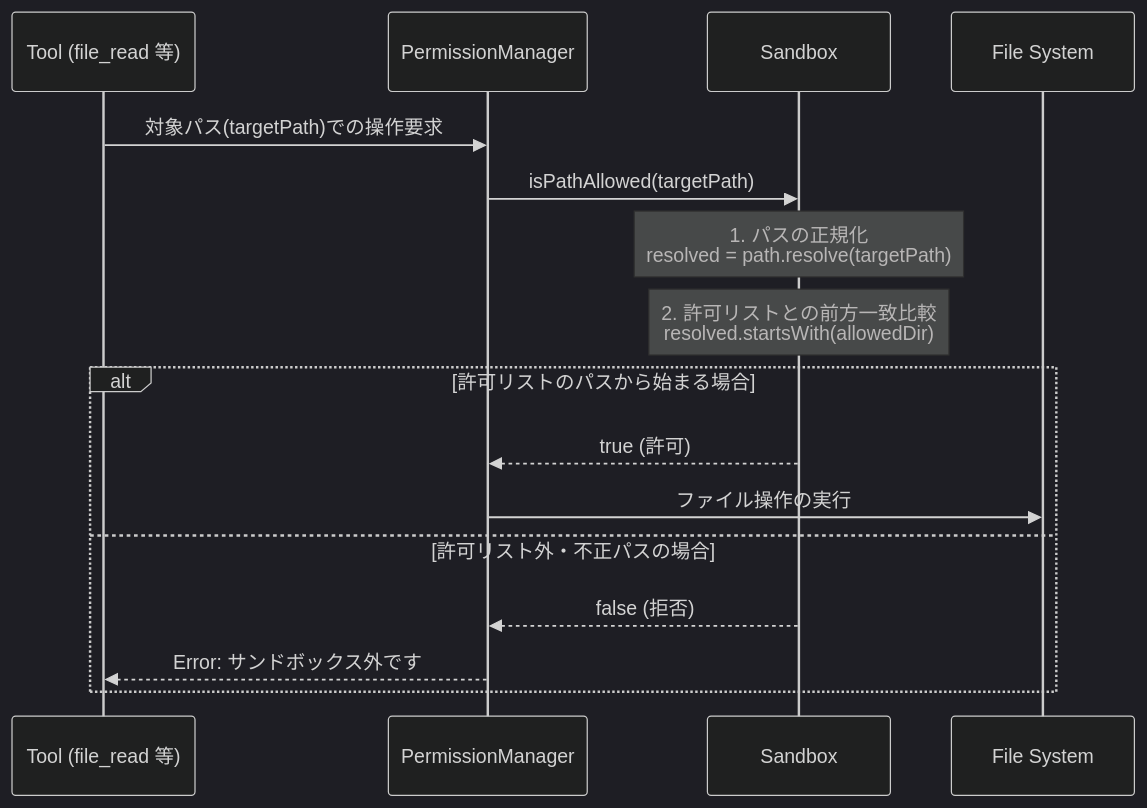
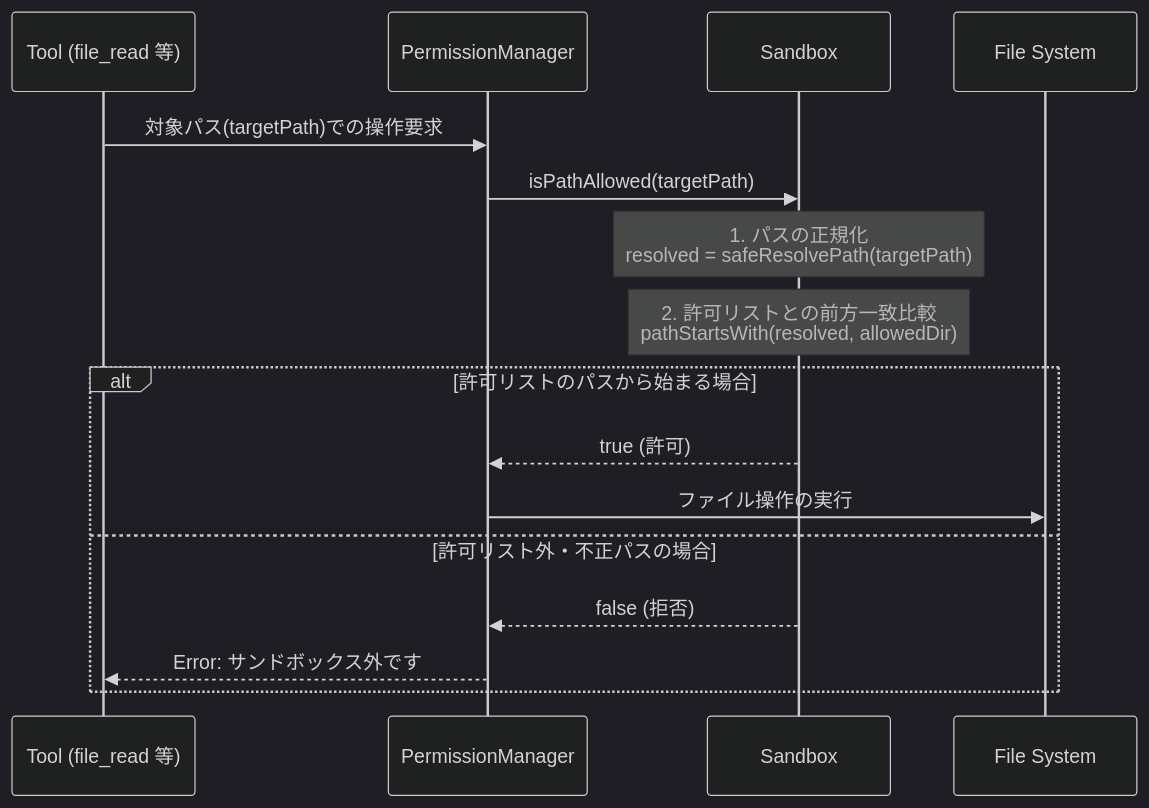
The fifth of 15 diagrams in docs/internal_design.md (t2k2pp/lllmAgents), drawn with Mermaid (dark theme) before and after one commit. The commit also changed other lines of this file and 10 other files, not shown here.

````diff
--- a/docs/internal_design.md
+++ b/docs/internal_design.md
@@ -191,21 +207,21 @@
 ```mermaid
 sequenceDiagram
     participant Tool as Tool (file_read 等)
     participant PM as PermissionManager
     participant Sandbox as Sandbox
     participant OS as File System
 
     Tool->>PM: 対象パス(targetPath)での操作要求
     PM->>Sandbox: isPathAllowed(targetPath)
-    
-    Note over Sandbox: 1. パスの正規化<br/>resolved = path.resolve(targetPath)
-    Note over Sandbox: 2. 許可リストとの前方一致比較<br/>resolved.startsWith(allowedDir)
-    
+
+    Note over Sandbox: 1. パスの正規化<br/>resolved = safeResolvePath(targetPath)
+    Note over Sandbox: 2. 許可リストとの前方一致比較<br/>pathStartsWith(resolved, allowedDir)
+
     alt 許可リストのパスから始まる場合
         Sandbox-->>PM: true (許可)
         PM->>OS: ファイル操作の実行
     else 許可リスト外・不正パスの場合
         Sandbox-->>PM: false (拒否)
         PM-->>Tool: Error: サンドボックス外です
     end
 ```
````
